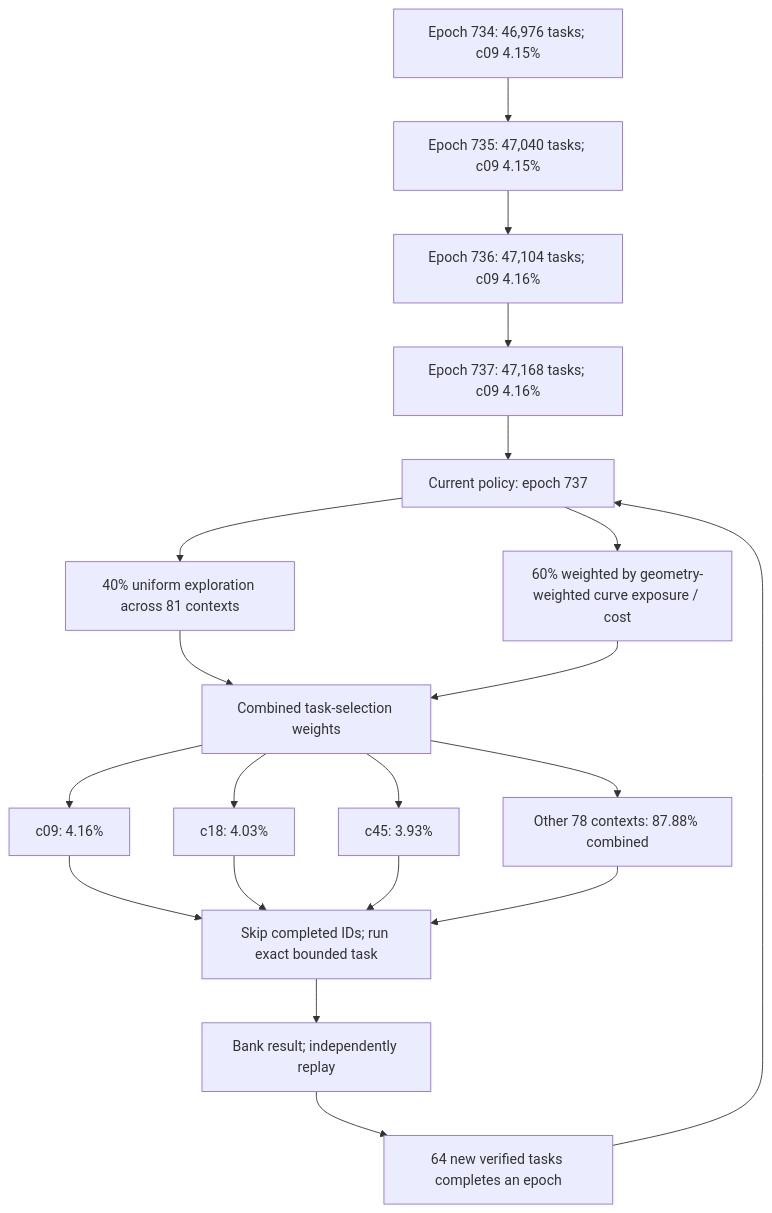
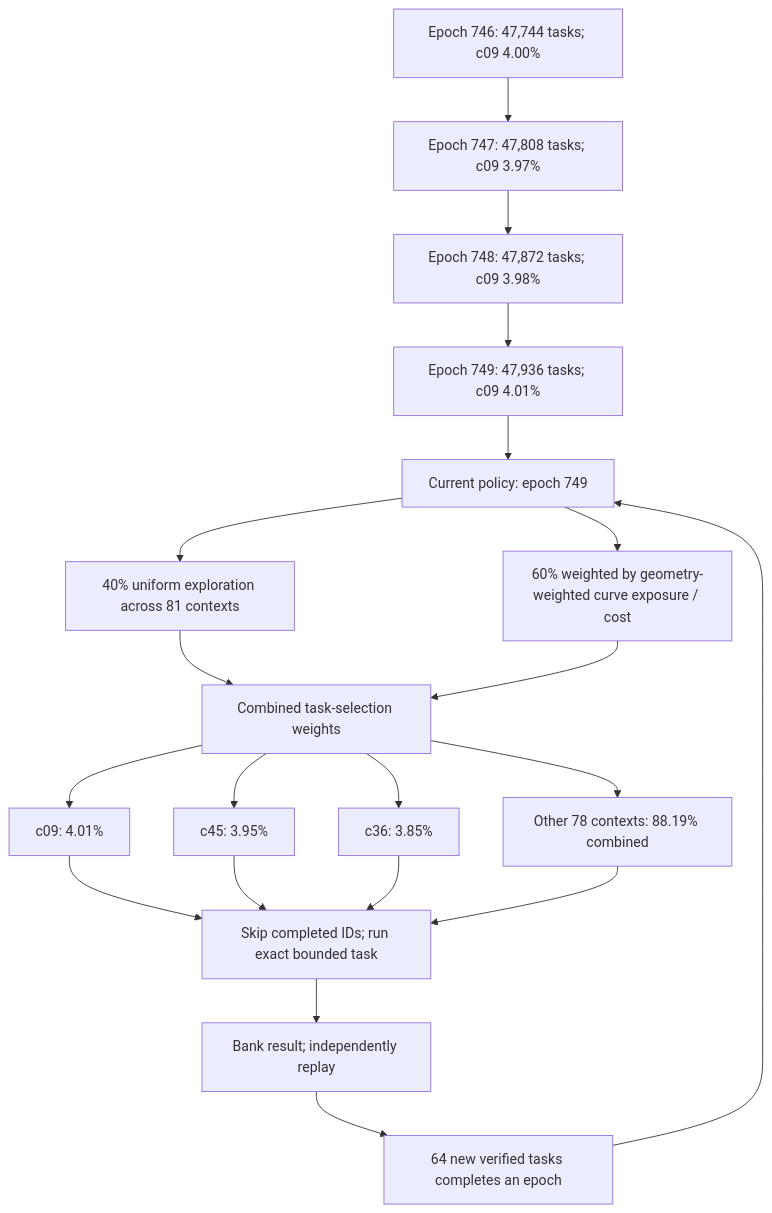
The first of 3 diagrams in README.md (Kuberwastaken/math-gambling), drawn with Mermaid before and after one commit. The commit also changed other lines of this file and 1636 other files, not shown here.

````diff
--- a/README.md
+++ b/README.md
@@ -55,27 +55,27 @@
 ```mermaid
 flowchart TD
-    H0["Epoch 734: 46,976 tasks; c09 4.15%"]
-    H1["Epoch 735: 47,040 tasks; c09 4.15%"]
+    H0["Epoch 746: 47,744 tasks; c09 4.00%"]
+    H1["Epoch 747: 47,808 tasks; c09 3.97%"]
     H0 --> H1
-    H2["Epoch 736: 47,104 tasks; c09 4.16%"]
+    H2["Epoch 748: 47,872 tasks; c09 3.98%"]
     H1 --> H2
-    H3["Epoch 737: 47,168 tasks; c09 4.16%"]
+    H3["Epoch 749: 47,936 tasks; c09 4.01%"]
     H2 --> H3
-    Policy["Current policy: epoch 737"]
+    Policy["Current policy: epoch 749"]
     H3 --> Policy
     Policy --> Explore["40% uniform exploration across 81 contexts"]
     Policy --> Cost["60% weighted by geometry-weighted curve exposure / cost"]
     Explore --> Mix["Combined task-selection weights"]
     Cost --> Mix
-    Mix --> C0["c09: 4.16%"]
-    Mix --> C1["c18: 4.03%"]
-    Mix --> C2["c45: 3.93%"]
-    Mix --> Rest["Other 78 contexts: 87.88% combined"]
+    Mix --> C0["c09: 4.01%"]
+    Mix --> C1["c45: 3.95%"]
+    Mix --> C2["c36: 3.85%"]
+    Mix --> Rest["Other 78 contexts: 88.19% combined"]
     C0 --> Check["Skip completed IDs; run exact bounded task"]
     C1 --> Check
     C2 --> Check
     Rest --> Check
     Check --> Replay["Bank result; independently replay"]
     Replay --> Gate["64 new verified tasks completes an epoch"]
     Gate --> Policy
 ```
````
